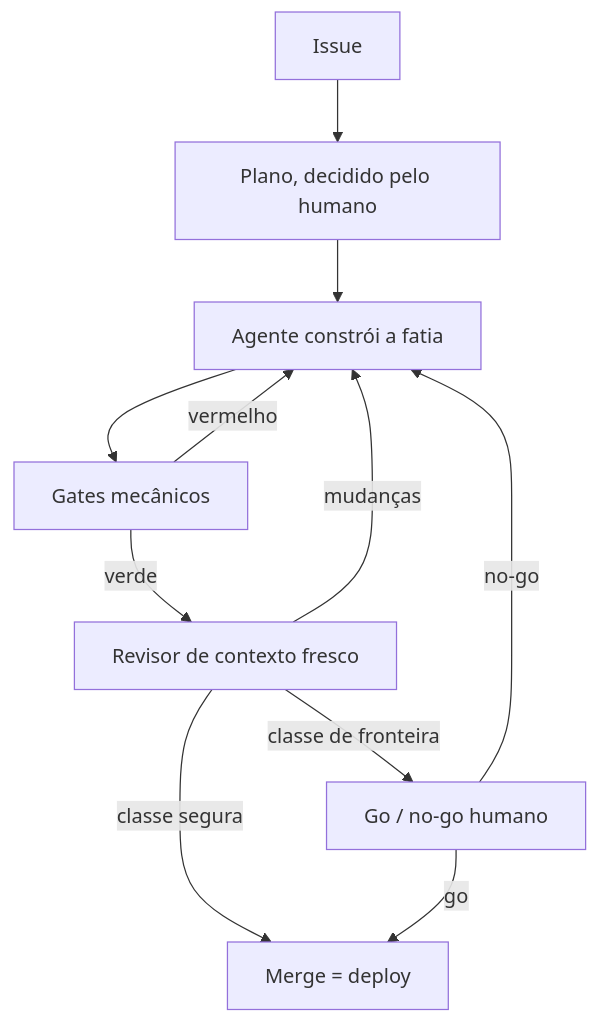
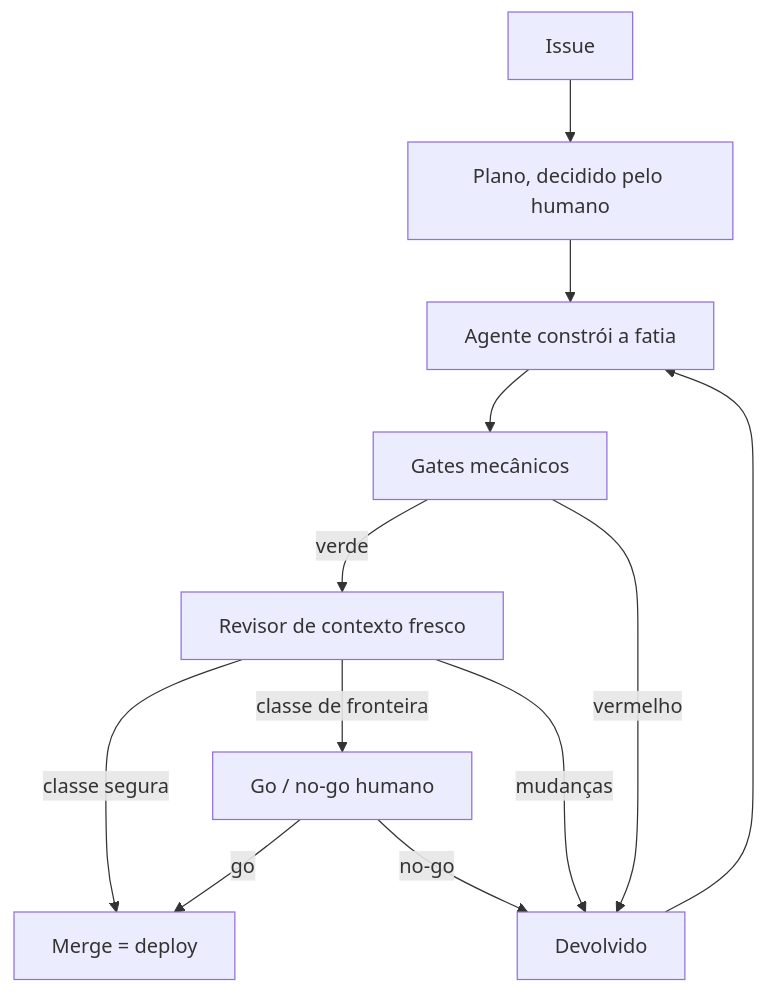
One commit to tedeuxx/tadeumendonca-io changed the fifth of 6 diagrams in apps/fed/src/content/architecture.pt.md. Above: the diagram before and after it, drawn with Mermaid. The commit also changed other lines of this file and 12 other files, not shown here.

````diff
--- a/apps/fed/src/content/architecture.pt.md
+++ b/apps/fed/src/content/architecture.pt.md
@@ -205,15 +317,16 @@
 ```mermaid
 flowchart TD
   accTitle: Onde o humano fica no loop
-  accDescr: Uma issue vira um plano que o humano alinha antes de existir código. O agente constrói a fatia e roda os gates mecânicos, que voltam para a construção no vermelho. Um revisor de contexto fresco então julga a mudança e pode devolvê-la. O que é classe segura ele mesmo mergeia, e o merge é o deploy. O que é classe de fronteira — infraestrutura, as regras do próprio loop, publicar um artigo — passa por um go ou no-go humano, que é a última coisa antes da produção e também pode devolver o trabalho.
+  accDescr: Uma issue vira um plano que o humano alinha antes de existir código. O agente constrói a fatia e roda os gates mecânicos. Um revisor de contexto fresco então julga a mudança. O que é classe segura ele mesmo mergeia, e o merge é o deploy. O que é classe de fronteira - infraestrutura, as regras do próprio loop, publicar um artigo - passa por um go ou no-go humano, que é a última coisa antes da produção. Os três pontos que podem recusar - os gates no vermelho, o revisor pedindo mudanças, e o humano no no-go - desembocam todos numa mesma caixa, devolvido, e é ela que volta para a construção. Um canal de volta só, e não três.
   I["Issue"] --> P["Plano, decidido pelo humano"]
   P --> B["Agente constrói a fatia"]
   B --> G["Gates mecânicos"]
-  G -- "vermelho" --> B
   G -- "verde" --> R["Revisor de contexto fresco"]
-  R -- "mudanças" --> B
   R -- "classe segura" --> M["Merge = deploy"]
   R -- "classe de fronteira" --> H["Go / no-go humano"]
   H -- "go" --> M
-  H -- "no-go" --> B
+  G -- "vermelho" --> V["Devolvido"]
+  R -- "mudanças" --> V
+  H -- "no-go" --> V
+  V --> B
 ```
````
